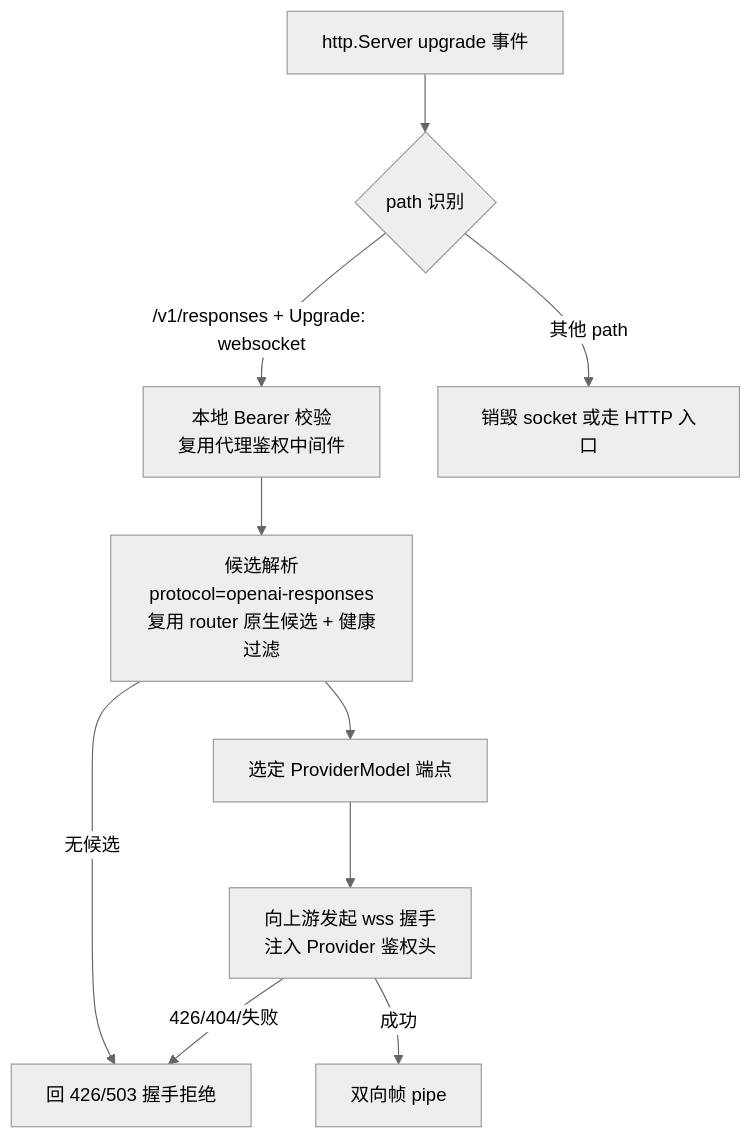
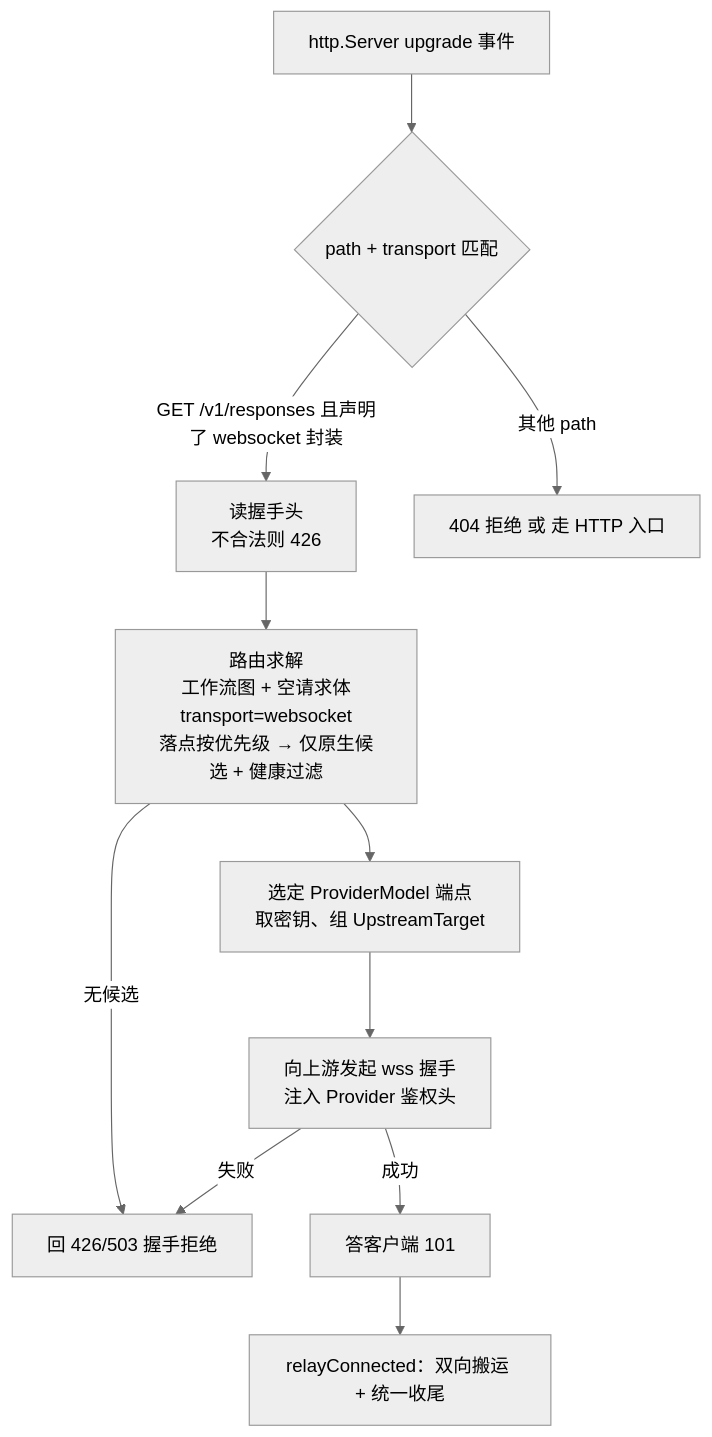
One commit to yinxulai/one-switch changed the diagram in product/websocket-transport.md. Above: the diagram before and after it, drawn with Mermaid (neutral theme). The commit also changed other lines of this file and 204 other files, not shown here.

````diff
--- a/product/websocket-transport.md
+++ b/product/websocket-transport.md
@@ -63,12 +74,13 @@
 ```mermaid
 flowchart TD
-    A[http.Server upgrade 事件] --> B{path 识别}
-    B -->|/v1/responses + Upgrade: websocket| C[本地 Bearer 校验<br/>复用代理鉴权中间件]
-    B -->|其他 path| X[销毁 socket 或走 HTTP 入口]
-    C --> D[候选解析<br/>protocol=openai-responses<br/>复用 router 原生候选 + 健康过滤]
+    A[http.Server upgrade 事件] --> B{path + transport 匹配}
+    B -->|GET /v1/responses 且声明了 websocket 封装| C[读握手头<br/>不合法则 426]
+    B -->|其他 path| X[404 拒绝 或 走 HTTP 入口]
+    C --> D[路由求解<br/>工作流图 + 空请求体<br/>transport=websocket<br/>落点按优先级 → 仅原生候选 + 健康过滤]
     D -->|无候选| E[回 426/503 握手拒绝]
-    D --> F[选定 ProviderModel 端点]
+    D --> F[选定 ProviderModel 端点<br/>取密钥、组 UpstreamTarget]
     F --> G[向上游发起 wss 握手<br/>注入 Provider 鉴权头]
-    G -->|成功| H[双向帧 pipe]
-    G -->|426/404/失败| E
+    G -->|失败| E
+    G -->|成功| H[答客户端 101]
+    H --> I[relayConnected：双向搬运 + 统一收尾]
 ```
````
